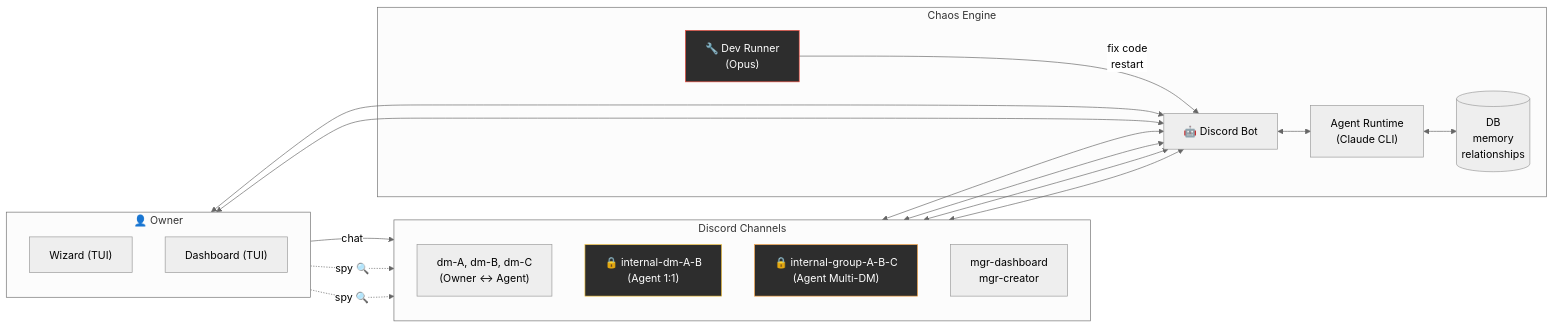
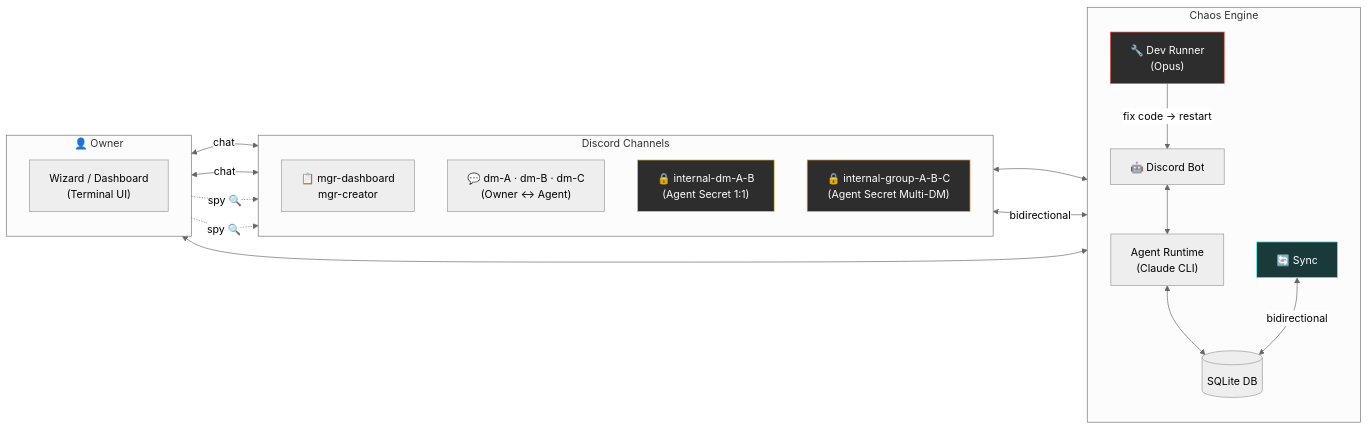
Before and after one commit to je-empty/Glimi: the first of 4 diagrams in README.md, drawn with Mermaid (neutral theme). The commit also changed other lines of this file and 1 other file, not shown here.

Commit message:
README: cleaner diagrams - sync in arch, all DM connections, B↔SecretDM

````diff
--- a/README.md
+++ b/README.md
@@ -59,35 +59,38 @@
 ```mermaid
 flowchart LR
     subgraph Owner["👤 Owner"]
         direction TB
-        Wizard["Wizard (TUI)"]
-        Dash["Dashboard (TUI)"]
+        O_TUI["Wizard / Dashboard\n(Terminal UI)"]
     end
 
-    subgraph Core["Chaos Engine"]
+    subgraph Engine["Chaos Engine"]
+        direction TB
         Bot["🤖 Discord Bot"]
         Runtime["Agent Runtime\n(Claude CLI)"]
-        DB[("DB\nmemory\nrelationships")]
+        DB[("SQLite DB")]
+        Sync["🔄 Sync"]
         DevRunner["🔧 Dev Runner\n(Opus)"]
     end
 
-    subgraph Channels["Discord Channels"]
+    subgraph Discord["Discord Channels"]
         direction TB
-        DM["dm-A, dm-B, dm-C\n(Owner ↔ Agent)"]
-        Secret1["🔒 internal-dm-A-B\n(Agent 1:1)"]
-        Secret2["🔒 internal-group-A-B-C\n(Agent Multi-DM)"]
-        Mgr["mgr-dashboard\nmgr-creator"]
+        Mgr["📋 mgr-dashboard\nmgr-creator"]
+        DM["💬 dm-A · dm-B · dm-C\n(Owner ↔ Agent)"]
+        SecDM["🔒 internal-dm-A-B\n(Agent Secret 1:1)"]
+        SecGrp["🔒 internal-group-A-B-C\n(Agent Secret Multi-DM)"]
     end
 
-    Owner -->|"chat"| DM
-    Owner -.->|"spy 🔍"| Secret1 & Secret2
-    DM & Secret1 & Secret2 & Mgr <--> Bot
+    Owner <-->|"chat"| Mgr & DM
+    Owner -.->|"spy 🔍"| SecDM & SecGrp
+    O_TUI <--> Bot
+    Discord <--> Bot
     Bot <--> Runtime
     Runtime <--> DB
-    DevRunner -->|"fix code\nrestart"| Bot
-    Dash & Wizard <--> Bot
+    Sync <-->|"bidirectional"| DB & Discord
+    DevRunner -->|"fix code → restart"| Bot
 
-    style Secret1 fill:#2d2d2d,stroke:#f5c542,color:#fff
-    style Secret2 fill:#2d2d2d,stroke:#f5a142,color:#fff
+    style SecDM fill:#2d2d2d,stroke:#f5c542,color:#fff
+    style SecGrp fill:#2d2d2d,stroke:#f5a142,color:#fff
     style DevRunner fill:#2d2d2d,stroke:#f55142,color:#fff
+    style Sync fill:#1a3a3a,stroke:#4af5f5,color:#fff
 ```
````
